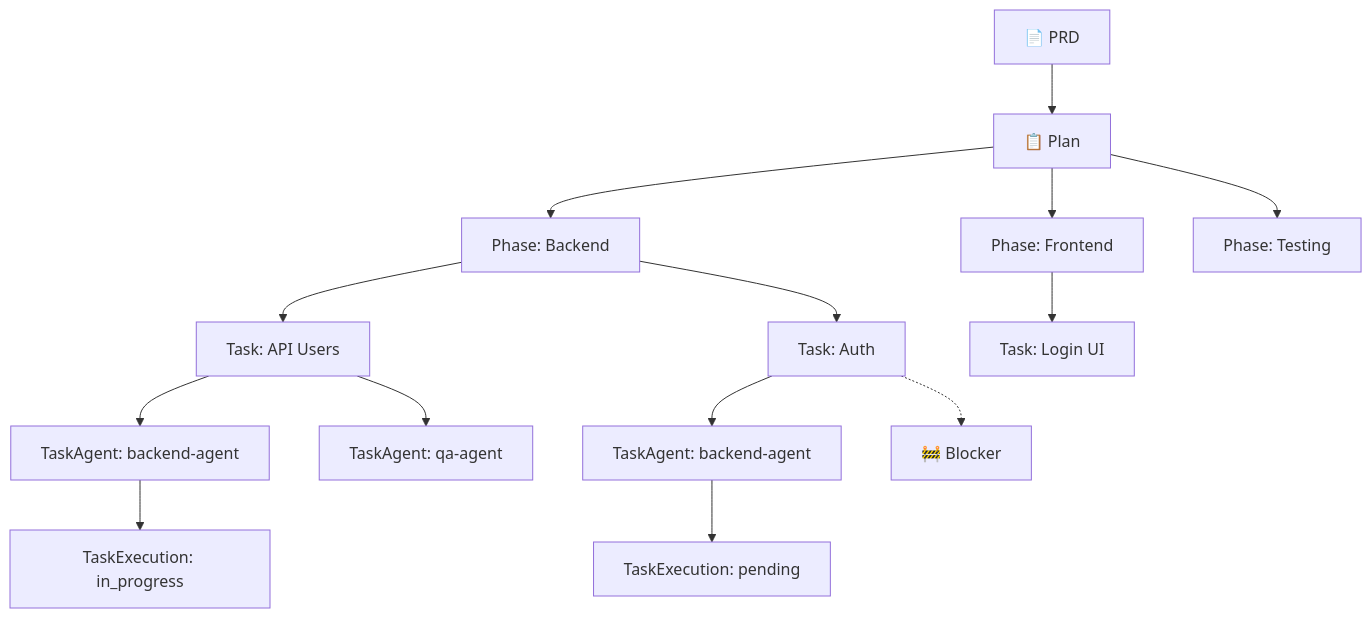
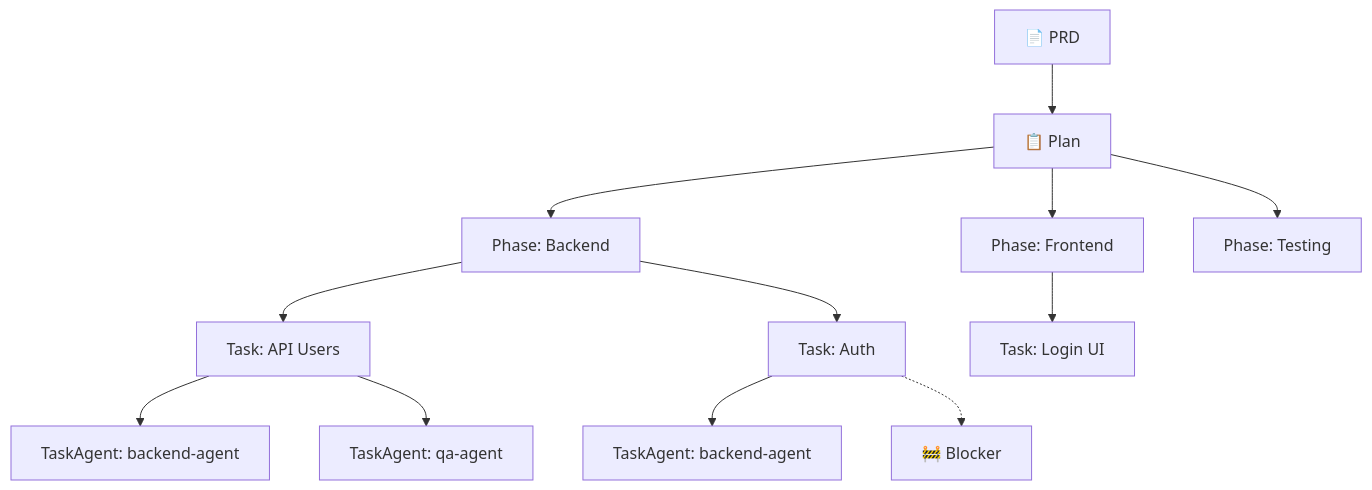
Before and after one commit to andragon31/Ragnarok: the second of 2 diagrams in README.md, drawn with Mermaid. The commit also changed other lines of this file and 9 other files, not shown here.

````diff
--- a/README.md
+++ b/README.md
@@ -367,20 +254,17 @@
 ```mermaid
 graph TD
     PRD[📄 PRD] --> Plan[📋 Plan]
     Plan --> Phase1[Phase: Backend]
     Plan --> Phase2[Phase: Frontend]
     Plan --> Phase3[Phase: Testing]
     
     Phase1 --> Task1[Task: API Users]
     Phase1 --> Task2[Task: Auth]
     Phase2 --> Task3[Task: Login UI]
     
     Task1 --> TA1[TaskAgent: backend-agent]
     Task1 --> TA2[TaskAgent: qa-agent]
     Task2 --> TA3[TaskAgent: backend-agent]
     
-    TA1 --> Exec1[TaskExecution: in_progress]
-    TA3 --> Exec2[TaskExecution: pending]
-    
     Task2 -.-> Blocker[🚧 Blocker]
 ```
````
